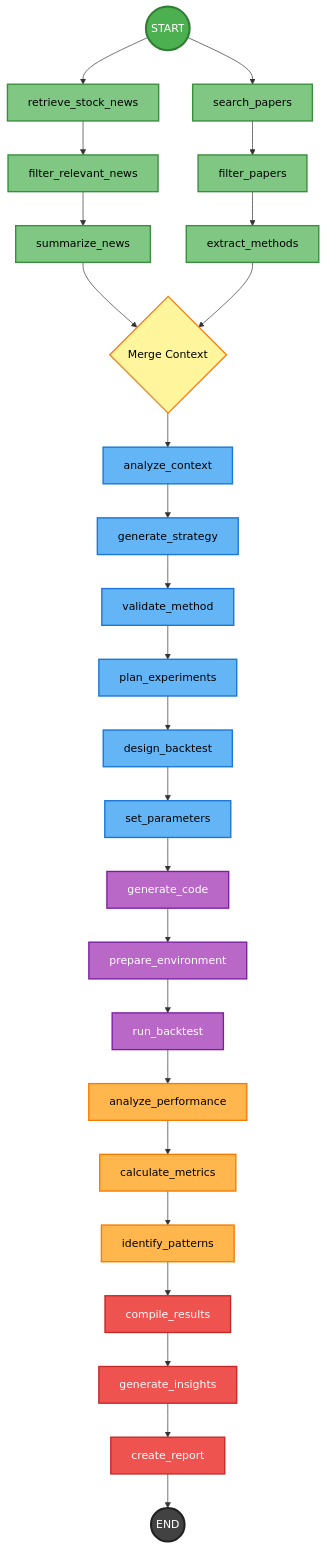
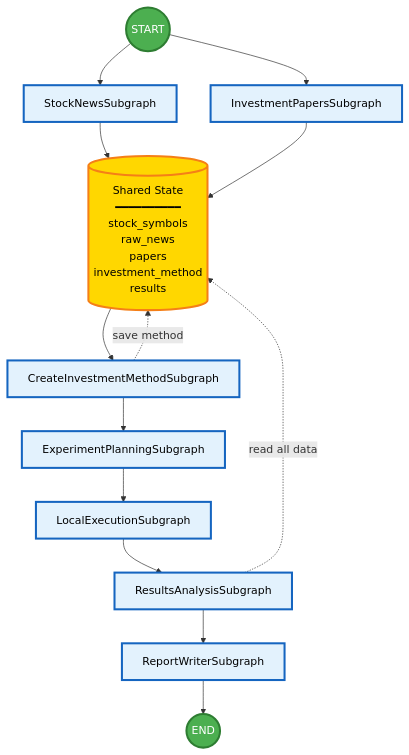
Before and after one commit to wkumagai/TradeGraph: the first of 9 diagrams in README.md, drawn with Mermaid. The commit also changed other lines of this file, not shown here.

First line of the commit message:
Update to hierarchical graph visualization

````diff
--- a/README.md
+++ b/README.md
@@ -18,55 +9,37 @@
 ```mermaid
 graph TD
-    %% Node Styles
-    classDef startNode fill:#4CAF50,stroke:#2E7D32,stroke-width:3px,color:#fff
-    classDef retrievalNode fill:#81C784,stroke:#388E3C,stroke-width:2px,color:#000
-    classDef creationNode fill:#64B5F6,stroke:#1976D2,stroke-width:2px,color:#000
-    classDef executionNode fill:#BA68C8,stroke:#7B1FA2,stroke-width:2px,color:#fff
-    classDef analysisNode fill:#FFB74D,stroke:#F57C00,stroke-width:2px,color:#000
-    classDef reportNode fill:#EF5350,stroke:#C62828,stroke-width:2px,color:#fff
-    classDef endNode fill:#424242,stroke:#212121,stroke-width:3px,color:#fff
-    classDef conditionalNode fill:#FFF59D,stroke:#F57F17,stroke-width:2px,color:#000
+    %% Styles for subgraphs
+    classDef subgraphNode fill:#E3F2FD,stroke:#1565C0,stroke-width:3px,color:#000
+    classDef startEnd fill:#4CAF50,stroke:#2E7D32,stroke-width:3px,color:#fff
+    classDef stateNode fill:#FFD700,stroke:#F57F17,stroke-width:3px,color:#000
 
-    %% Start Node
-    START((START)):::startNode
-
-    %% Retrieval Nodes
-    START --> retrieve_news[retrieve_stock_news]:::retrievalNode
-    retrieve_news --> filter_news[filter_relevant_news]:::retrievalNode
-    filter_news --> summarize_news[summarize_news]:::retrievalNode
+    %% Nodes
+    START((START)):::startEnd
+    State[("Shared State<br/>━━━━━━━━━━<br/>stock_symbols<br/>raw_news<br/>papers<br/>investment_method<br/>results")]:::stateNode
+    END((END)):::startEnd
     
-    START --> search_papers[search_papers]:::retrievalNode
-    search_papers --> filter_papers[filter_papers]:::retrievalNode
-    filter_papers --> extract_methods[extract_methods]:::retrievalNode
-
-    %% Merge retrieval results
-    summarize_news --> merge_context{Merge Context}:::conditionalNode
-    extract_methods --> merge_context
-
-    %% Creation Nodes
-    merge_context --> analyze_context[analyze_context]:::creationNode
-    analyze_context --> generate_strategy[generate_strategy]:::creationNode
-    generate_strategy --> validate_method[validate_method]:::creationNode
+    %% Subgraph nodes
+    SN[StockNewsSubgraph]:::subgraphNode
+    IP[InvestmentPapersSubgraph]:::subgraphNode
+    CIM[CreateInvestmentMethodSubgraph]:::subgraphNode
+    EP[ExperimentPlanningSubgraph]:::subgraphNode
+    LE[LocalExecutionSubgraph]:::subgraphNode
+    RA[ResultsAnalysisSubgraph]:::subgraphNode
+    RW[ReportWriterSubgraph]:::subgraphNode
     
-    validate_method --> plan_experiments[plan_experiments]:::creationNode
-    plan_experiments --> design_backtest[design_backtest]:::creationNode
-    design_backtest --> set_parameters[set_parameters]:::creationNode
-
-    %% Execution Nodes
-    set_parameters --> generate_code[generate_code]:::executionNode
-    generate_code --> prepare_env[prepare_environment]:::executionNode
-    prepare_env --> run_backtest[run_backtest]:::executionNode
-
-    %% Analysis Nodes
-    run_backtest --> analyze_performance[analyze_performance]:::analysisNode
-    analyze_performance --> calculate_metrics[calculate_metrics]:::analysisNode
-    calculate_metrics --> identify_patterns[identify_patterns]:::analysisNode
-
-    %% Report Nodes
-    identify_patterns --> compile_results[compile_results]:::reportNode
-    compile_results --> generate_insights[generate_insights]:::reportNode
-    generate_insights --> create_report[create_report]:::reportNode
-
-    %% End Node
-    create_report --> END((END)):::endNode
+    %% Main flow
+    START --> SN
+    START --> IP
+    SN --> State
+    IP --> State
+    State --> CIM
+    CIM --> EP
+    EP --> LE
+    LE --> RA
+    RA --> RW
+    RW --> END
+    
+    %% State connections
+    CIM -.->|save method| State
+    RA -.->|read all data| State
 ```
````
